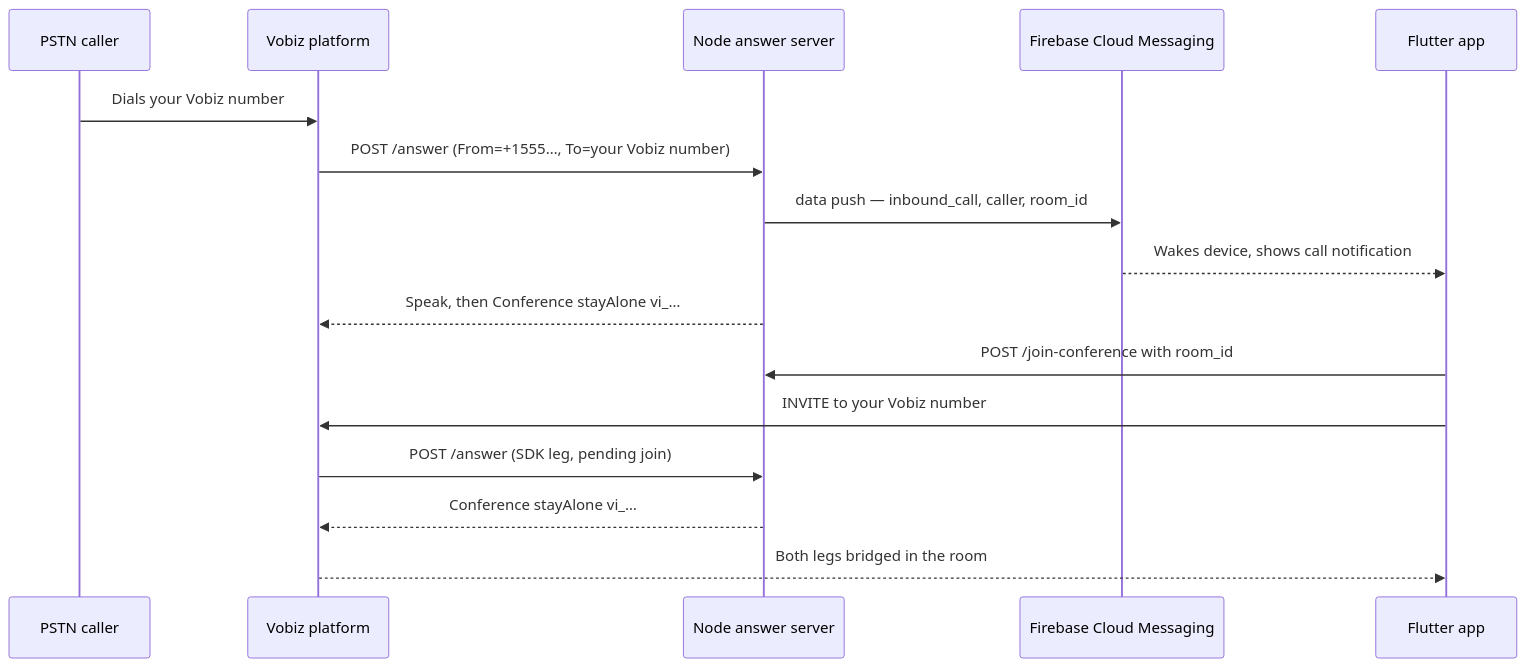
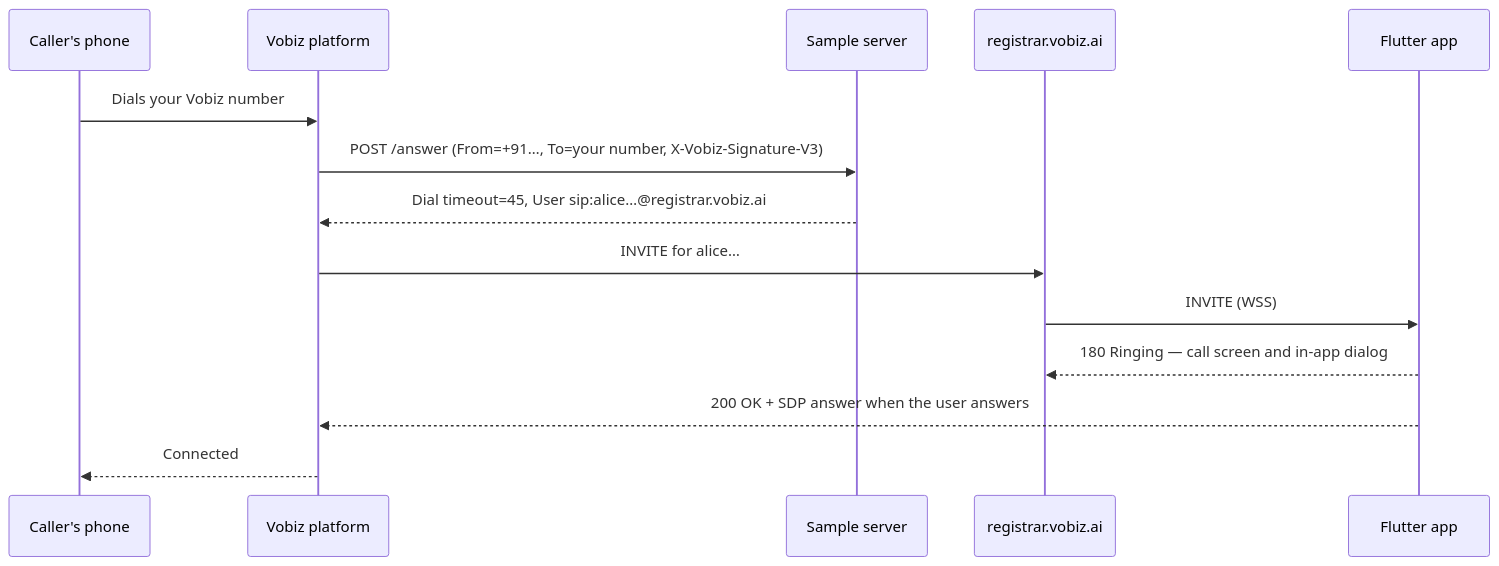
The third of 5 diagrams in README.md (vobiz-ai/Vobiz-Android-Sample), drawn with Mermaid before and after one commit. The commit also changed other lines of this file and 82 other files, not shown here.

First line of the commit message:
Update the sample to vobiz_webrtc 0.2.0: access tokens, Vobiz push, new README

````diff
--- a/README.md
+++ b/README.md
@@ -124,19 +176,17 @@
 ```mermaid
 sequenceDiagram
-    participant PSTN as PSTN caller
+    participant Caller as Caller's phone
     participant Vobiz as Vobiz platform
-    participant Srv as Node answer server
-    participant FCM as Firebase Cloud Messaging
+    participant Srv as Sample server
+    participant Reg as registrar.vobiz.ai
     participant App as Flutter app
 
-    PSTN->>Vobiz: Dials your Vobiz number
-    Vobiz->>Srv: POST /answer (From=+1555…, To=your Vobiz number)
-    Srv->>FCM: data push — inbound_call, caller, room_id
-    FCM-->>App: Wakes device, shows call notification
-    Srv-->>Vobiz: Speak, then Conference stayAlone vi_…
-    App->>Srv: POST /join-conference with room_id
-    App->>Vobiz: INVITE to your Vobiz number
-    Vobiz->>Srv: POST /answer (SDK leg, pending join)
-    Srv-->>Vobiz: Conference stayAlone vi_…
-    Vobiz-->>App: Both legs bridged in the room
+    Caller->>Vobiz: Dials your Vobiz number
+    Vobiz->>Srv: POST /answer (From=+91…, To=your number, X-Vobiz-Signature-V3)
+    Srv-->>Vobiz: Dial timeout=45, User sip:alice…@registrar.vobiz.ai
+    Vobiz->>Reg: INVITE for alice…
+    Reg->>App: INVITE (WSS)
+    App-->>Reg: 180 Ringing — call screen and in-app dialog
+    App-->>Vobiz: 200 OK + SDP answer when the user answers
+    Vobiz-->>Caller: Connected
 ```
````
